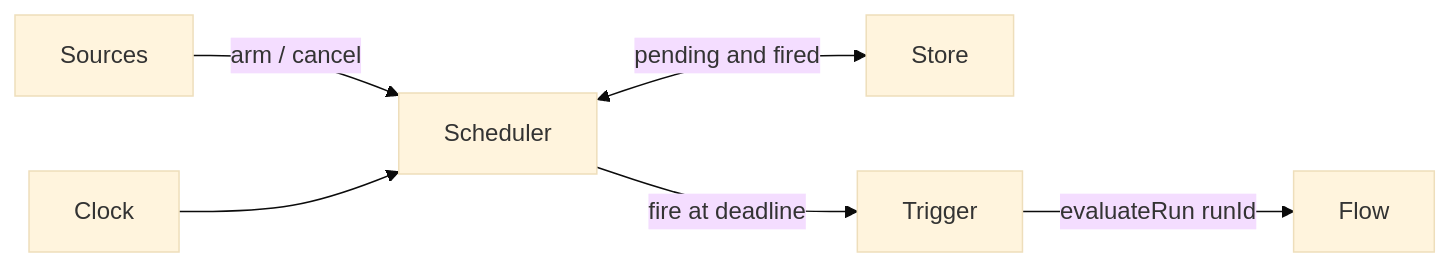
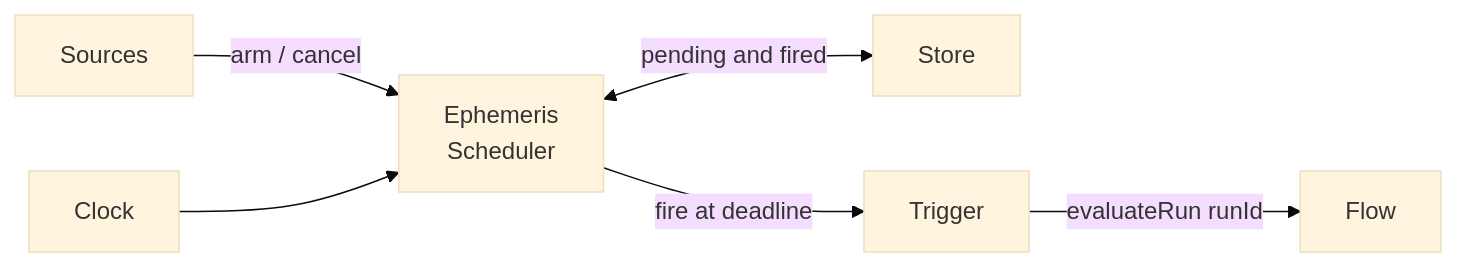
The diagram in docs/concepts.md (kontourai/ephemeris), drawn with Mermaid (base theme) before and after one commit. The commit also changed 1 other file, not shown here.

Commit message:
docs: tighten cron step wording and restore scheduler label in diagram

````diff
--- a/docs/concepts.md
+++ b/docs/concepts.md
@@ -46,8 +46,9 @@
 ```mermaid
 flowchart LR
-  S[Sources] -->|arm / cancel| E[Scheduler]
+  S[Sources] -->|arm / cancel| E["`Ephemeris
+  Scheduler`"]
   E <-->|pending and fired| St[Store]
   C[Clock] --> E
   E -->|fire at deadline| T[Trigger]
   T -->|evaluateRun runId| F[Flow]
 ```
````
